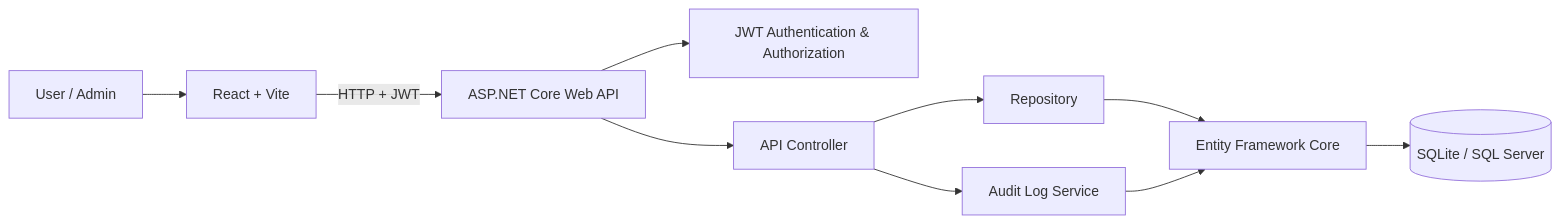
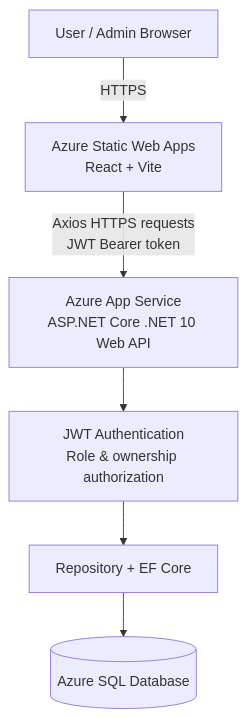
Before and after one commit to Neeraj-pp/IT-Service-Desk-Management-System: the diagram in README.md, drawn with Mermaid. The commit also changed other lines of this file, not shown here.

Commit message:
docs: update project README with Azure deployment and live demo

````diff
--- a/README.md
+++ b/README.md
@@ -80,12 +70,15 @@
-```mermaid
-flowchart LR
-    U[User / Admin] --> R[React + Vite]
-    R -->|HTTP + JWT| API[ASP.NET Core Web API]
-    API --> AUTH[JWT Authentication & Authorization]
-    API --> CTRL[API Controller]
-    CTRL --> REPO[Repository]
-    CTRL --> AUDIT[Audit Log Service]
-    REPO --> EF[Entity Framework Core]
-    AUDIT --> EF
-    EF --> DB[(SQLite / SQL Server)]
-```
+~~~mermaid
+flowchart TD
+    B[User / Admin Browser]
+    SWA[Azure Static Web Apps<br/>React + Vite]
+    API[Azure App Service<br/>ASP.NET Core .NET 10 Web API]
+    AUTH[JWT Authentication<br/>Role & ownership authorization]
+    DAL[Repository + EF Core]
+    SQL[(Azure SQL Database)]
+
+    B -->|HTTPS| SWA
+    SWA -->|Axios HTTPS requests<br/>JWT Bearer token| API
+    API --> AUTH
+    AUTH --> DAL
+    DAL --> SQL
+~~~
````
